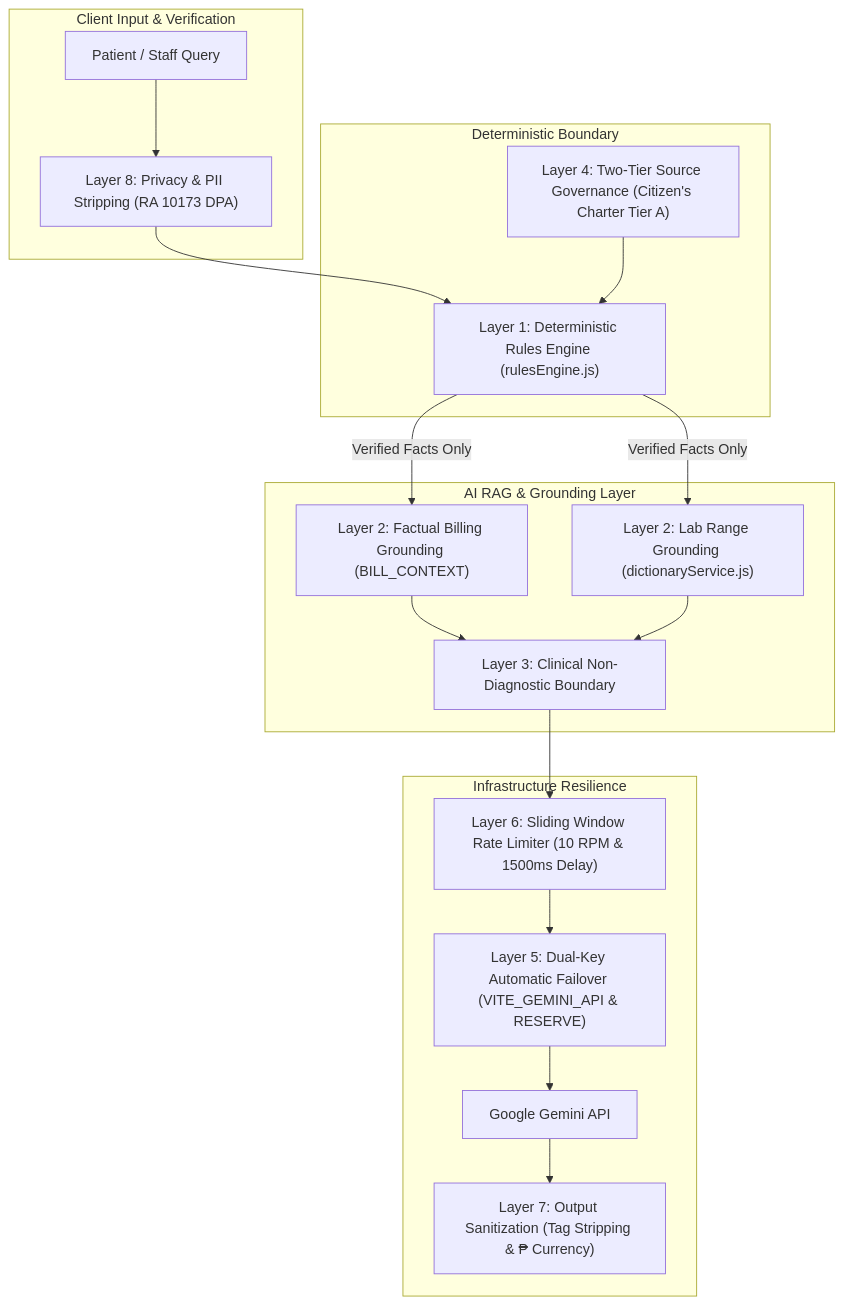
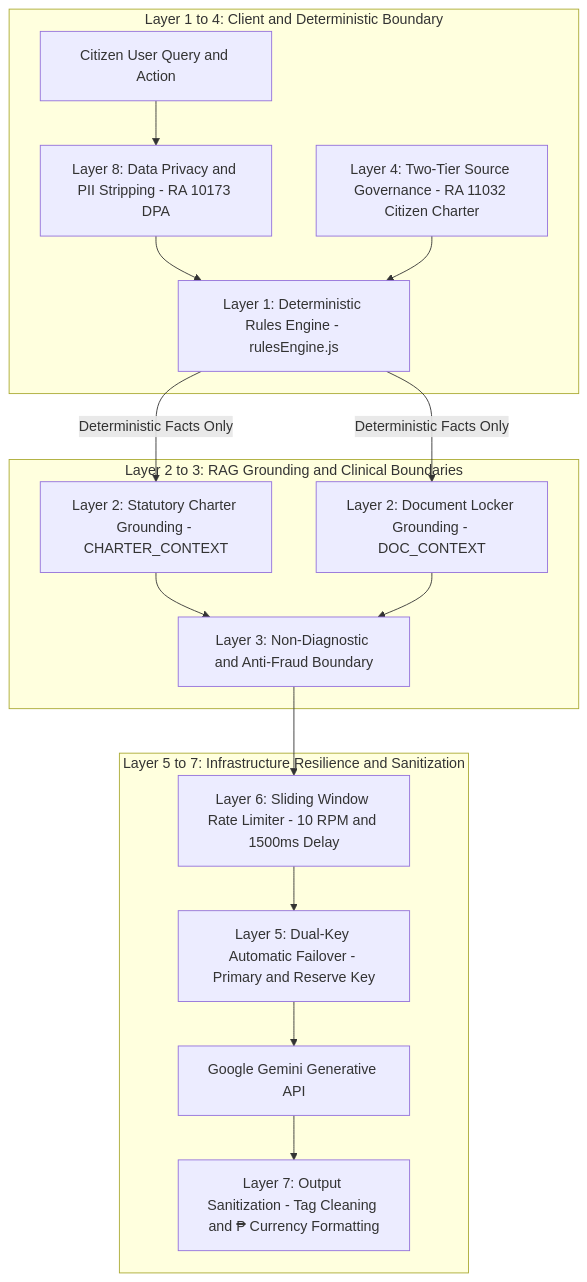
The first of 2 diagrams in AI_GUARDRAILS.md (AdonesMapula/Alalalalalalalay), drawn with Mermaid before and after one commit. The commit also changed other lines of this file and 26 other files, not shown here.

````diff
--- a/AI_GUARDRAILS.md
+++ b/AI_GUARDRAILS.md
@@ -17,34 +17,32 @@
 ```mermaid
 graph TD
-    subgraph Client Input & Verification
-        USER["Patient / Staff Query"]
-        PRIVACY["Layer 8: Privacy & PII Stripping (RA 10173 DPA)"]
+    subgraph ClientDeterministic ["Layer 1 to 4: Client and Deterministic Boundary"]
+        USER["Citizen User Query and Action"]
+        PRIVACY["Layer 8: Data Privacy and PII Stripping - RA 10173 DPA"]
+        RULES["Layer 1: Deterministic Rules Engine - rulesEngine.js"]
+        TIER_A["Layer 4: Two-Tier Source Governance - RA 11032 Citizen Charter"]
     end
 
-    subgraph Deterministic Boundary
-        RULES["Layer 1: Deterministic Rules Engine (rulesEngine.js)"]
-        TIER_A["Layer 4: Two-Tier Source Governance (Citizen's Charter Tier A)"]
+    subgraph RAGGrounding ["Layer 2 to 3: RAG Grounding and Clinical Boundaries"]
+        RAG_CHARTER["Layer 2: Statutory Charter Grounding - CHARTER_CONTEXT"]
+        RAG_LOCKER["Layer 2: Document Locker Grounding - DOC_CONTEXT"]
+        CLINICAL_GUARD["Layer 3: Non-Diagnostic and Anti-Fraud Boundary"]
     end
 
-    subgraph AI RAG & Grounding Layer
-        RAG_BILL["Layer 2: Factual Billing Grounding (BILL_CONTEXT)"]
-        RAG_LAB["Layer 2: Lab Range Grounding (dictionaryService.js)"]
-        CLINICAL_GUARD["Layer 3: Clinical Non-Diagnostic Boundary"]
+    subgraph InfraResilience ["Layer 5 to 7: Infrastructure Resilience and Sanitization"]
+        RATE_LIMIT["Layer 6: Sliding Window Rate Limiter - 10 RPM and 1500ms Delay"]
+        FAILOVER["Layer 5: Dual-Key Automatic Failover - Primary and Reserve Key"]
+        OUTPUT_CLEAN["Layer 7: Output Sanitization - Tag Cleaning and ₱ Currency Formatting"]
+        GEMINI["Google Gemini Generative API"]
     end
 
-    subgraph Infrastructure Resilience
-        RATE_LIMIT["Layer 6: Sliding Window Rate Limiter (10 RPM & 1500ms Delay)"]
-        FAILOVER["Layer 5: Dual-Key Automatic Failover (VITE_GEMINI_API & RESERVE)"]
-        OUTPUT_CLEAN["Layer 7: Output Sanitization (Tag Stripping & ₱ Currency)"]
-        GEMINI["Google Gemini API"]
-    end
-
-    USER --> PRIVACY --> RULES
+    USER --> PRIVACY
+    PRIVACY --> RULES
     TIER_A --> RULES
-    RULES -->|Verified Facts Only| RAG_BILL
-    RULES -->|Verified Facts Only| RAG_LAB
-    RAG_BILL --> CLINICAL_GUARD
-    RAG_LAB --> CLINICAL_GUARD
+    RULES -->|Deterministic Facts Only| RAG_CHARTER
+    RULES -->|Deterministic Facts Only| RAG_LOCKER
+    RAG_CHARTER --> CLINICAL_GUARD
+    RAG_LOCKER --> CLINICAL_GUARD
     CLINICAL_GUARD --> RATE_LIMIT
     RATE_LIMIT --> FAILOVER --> GEMINI --> OUTPUT_CLEAN
 ```
````
